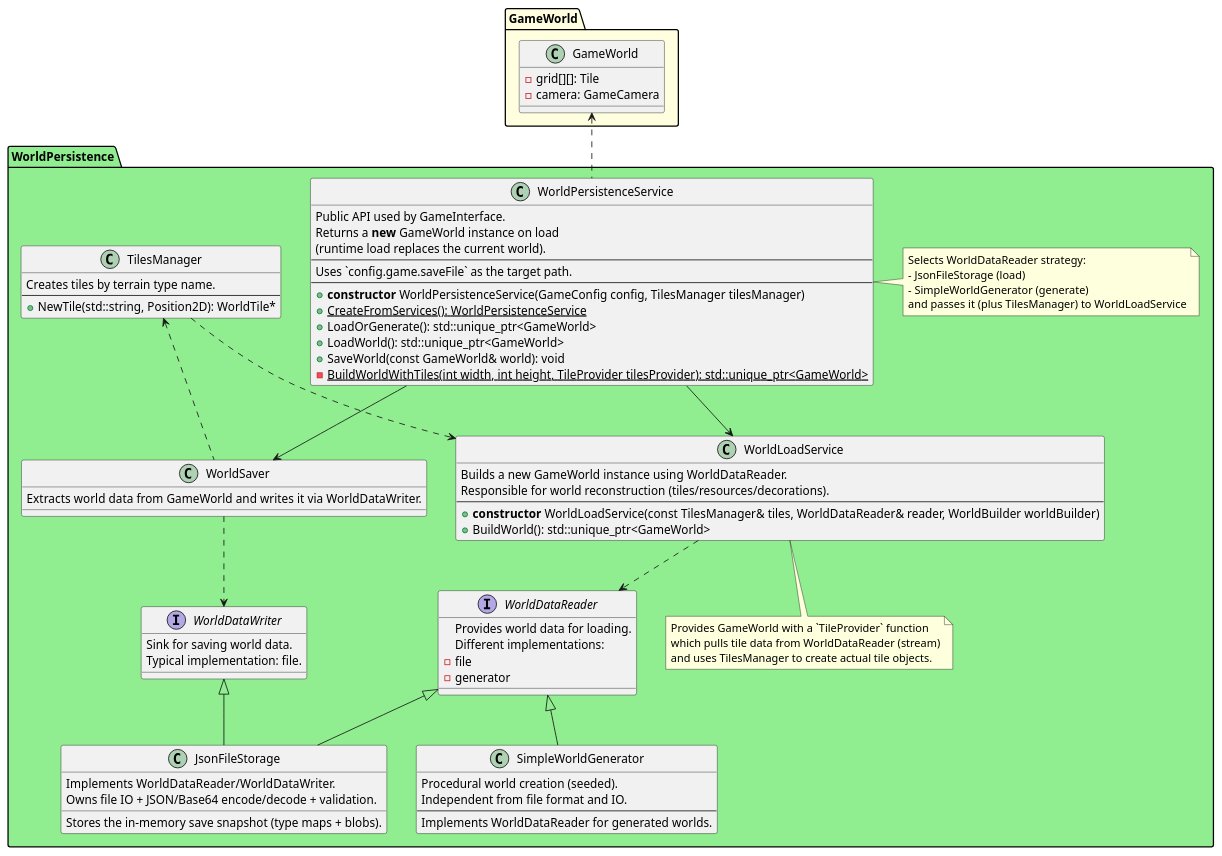
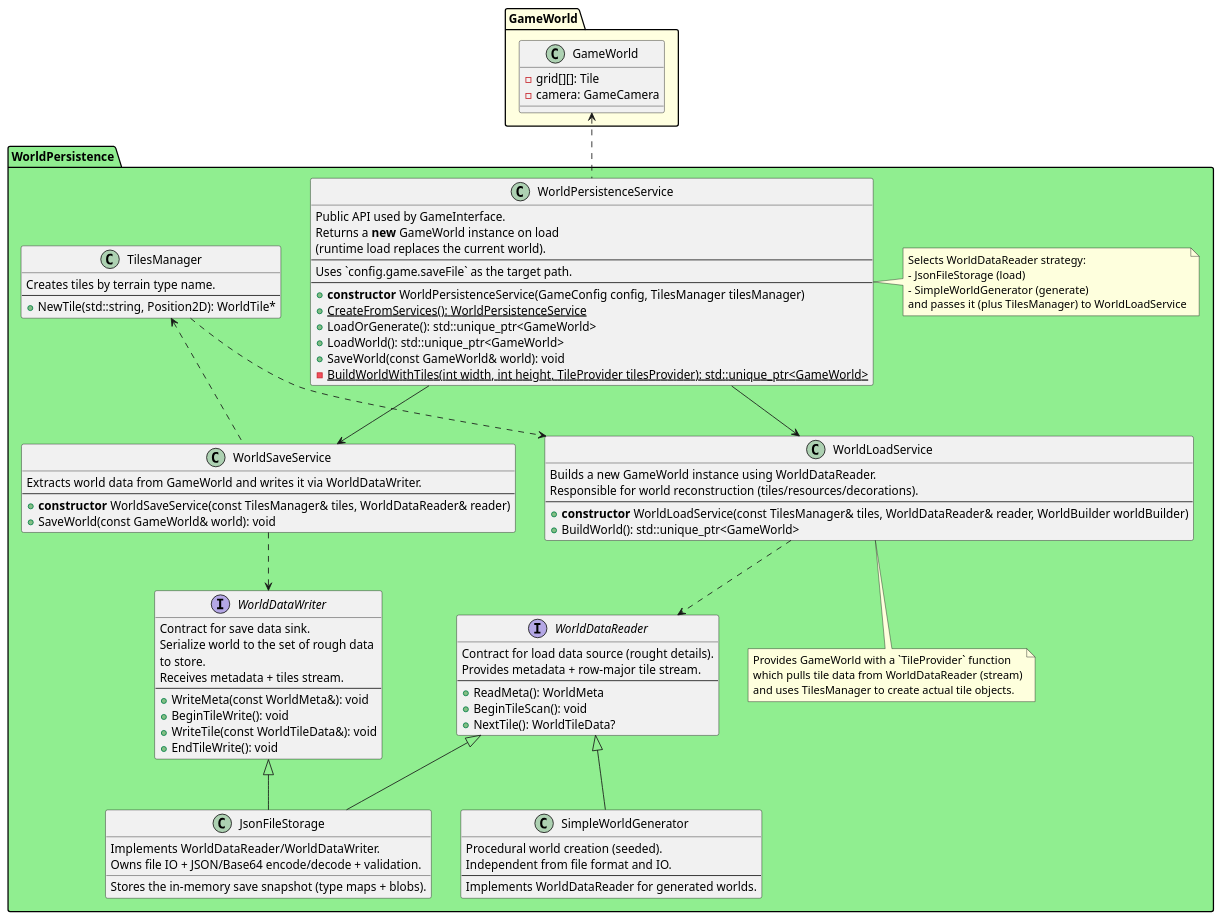
Before and after one commit to neverthedev/tile-game: the second of 5 diagrams in raylib-my/docs/world_persistence_service.md, drawn with PlantUML. The commit also changed other lines of this file and 24 other files, not shown here.

Commit message:
[Task-19] Save world feature implementation

```diff
--- a/raylib-my/docs/world_persistence_service.md
+++ b/raylib-my/docs/world_persistence_service.md
@@ -131,15 +131,31 @@
   }
 
   interface WorldDataReader {
-    Provides world data for loading.
-    Different implementations:
-    - file
-    - generator
+    Contract for load data source (rought details).
+    Provides metadata + row-major tile stream.
+    ----
+    + ReadMeta(): WorldMeta
+    + BeginTileScan(): void
+    + NextTile(): WorldTileData?
   }
 
   interface WorldDataWriter {
-    Sink for saving world data.
-    Typical implementation: file.
+    Contract for save data sink.
+    Serialize world to the set of rough data
+    to store.
+    Receives metadata + tiles stream.
+    ----
+    + WriteMeta(const WorldMeta&): void
+    + BeginTileWrite(): void
+    + WriteTile(const WorldTileData&): void
+    + EndTileWrite(): void
+  }
+
+  class WorldSaveService {
+    Extracts world data from GameWorld and writes it via WorldDataWriter.
+    ----
+    + <b>constructor</b> WorldSaveService(const TilesManager& tiles, WorldDataReader& reader)
+    + SaveWorld(const GameWorld& world): void
   }
 
   class WorldLoadService {
@@ -148,10 +164,6 @@
     ----
     + <b>constructor</b> WorldLoadService(const TilesManager& tiles, WorldDataReader& reader, WorldBuilder worldBuilder)
     + BuildWorld(): std::unique_ptr<GameWorld>
-  }
-
-  class WorldSaver {
-    Extracts world data from GameWorld and writes it via WorldDataWriter.
   }
 
   class JsonFileStorage {
@@ -174,18 +186,18 @@
   }
 
   WorldPersistenceService --> WorldLoadService
-  WorldPersistenceService --> WorldSaver
+  WorldPersistenceService --> WorldSaveService
 
   WorldLoadService ..> WorldDataReader
   TilesManager ..> WorldLoadService
-  WorldSaver ..> WorldDataWriter
+  WorldSaveService ..> WorldDataWriter
 
   WorldDataReader <|-- JsonFileStorage
   WorldDataWriter <|-- JsonFileStorage
   WorldDataReader <|-- SimpleWorldGenerator
 
   WorldPersistenceService .up.> GameWorld
-  WorldSaver .left.> TilesManager
+  WorldSaveService .left.> TilesManager
 
   note right of WorldPersistenceService
     Selects WorldDataReader strategy:
```
